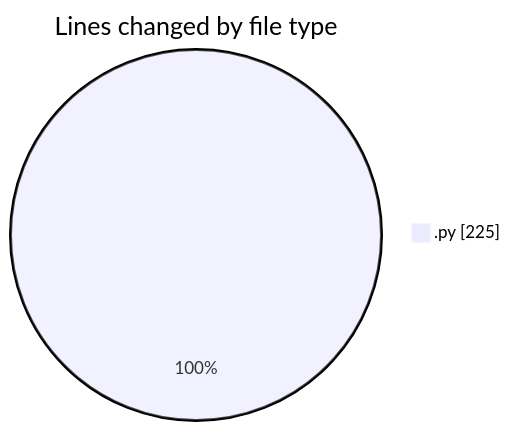
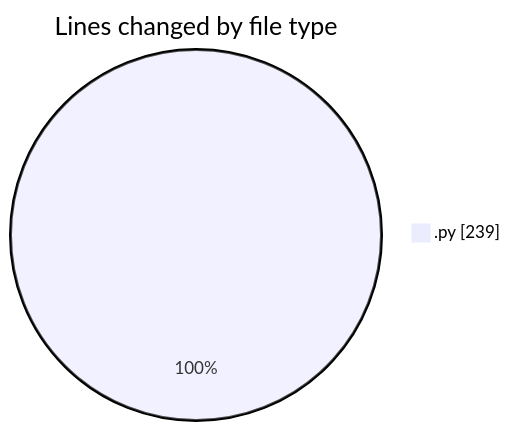
The first of 2 diagrams in 2025-03-12/myws__workspace_/README.md (MatusMokan/code-tracking), drawn with Mermaid before and after one commit. The commit also changed other lines of this file and 1 other file, not shown here.

````diff
--- a/2025-03-12/myws__workspace_/README.md
+++ b/2025-03-12/myws__workspace_/README.md
@@ -20,5 +20,5 @@
 ```mermaid
 pie showData
 title Lines changed by file type
-".py" : 225
+".py" : 239
 ```
````
